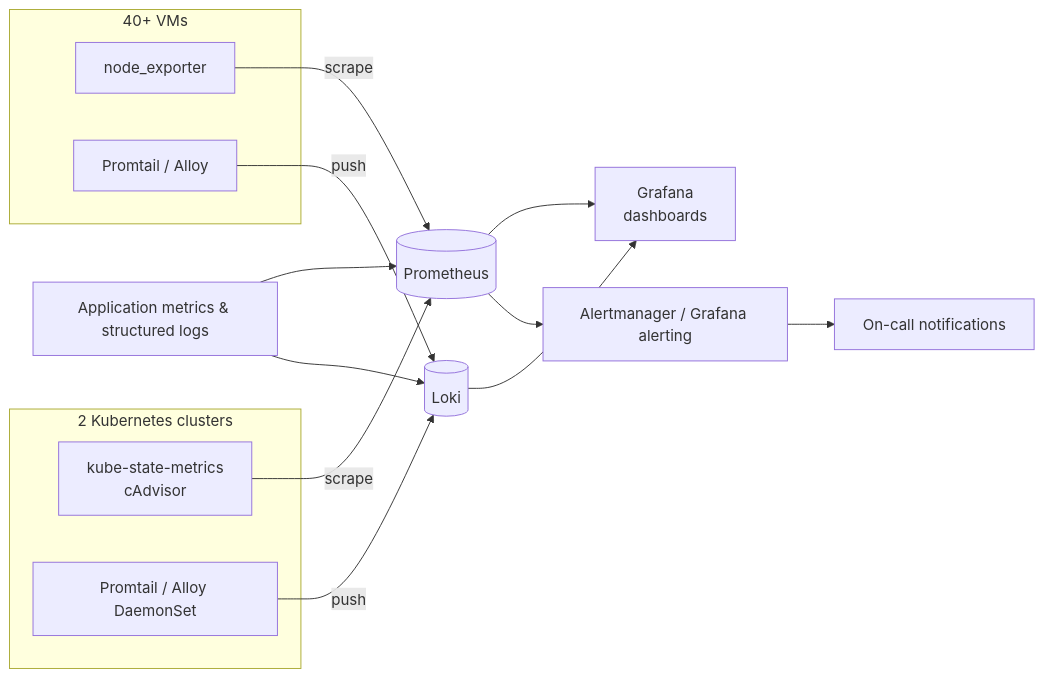
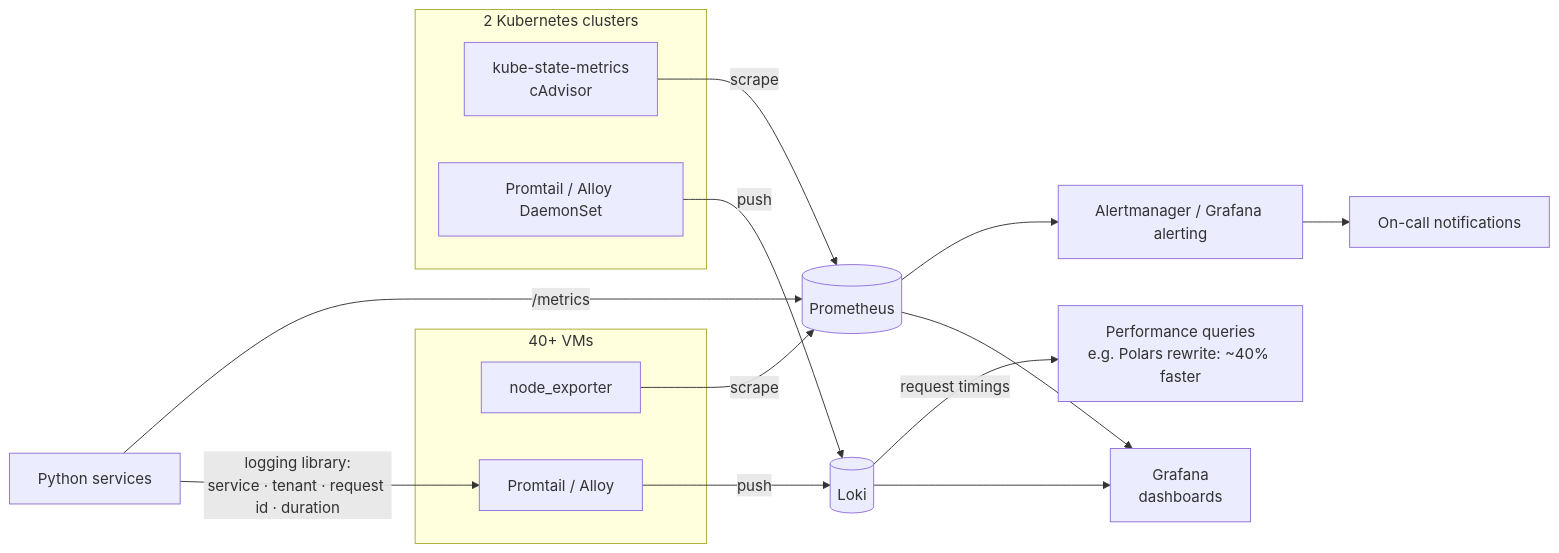
One commit to swaroop002/centralized-monitoring-logging changed the diagram in README.md. Above: the diagram before and after it, drawn with Mermaid.

Commit message:
Write-up: architecture corrected against the real system

````diff
--- a/README.md
+++ b/README.md
@@ -19,16 +19,18 @@
 ```mermaid
 flowchart LR
     subgraph VMs["40+ VMs"]
         NE[node_exporter] ; PT[Promtail / Alloy]
     end
     subgraph K8s["2 Kubernetes clusters"]
         KSM[kube-state-metrics<br/>cAdvisor] ; PK[Promtail / Alloy DaemonSet]
     end
     NE & KSM -->|scrape| PR[(Prometheus)]
     PT & PK -->|push| LK[(Loki)]
     PR --> GF[Grafana<br/>dashboards]
     LK --> GF
     PR --> AM[Alertmanager / Grafana alerting]
     AM --> ON[On-call notifications]
-    APP[Application metrics & structured logs] --> PR & LK
+    APP[Python services] -->|logging library:<br/>service · tenant · request id · duration| PT
+    APP -->|/metrics| PR
+    LK -->|request timings| PERF[Performance queries<br/>e.g. Polars rewrite: ~40% faster]
 ```
````
